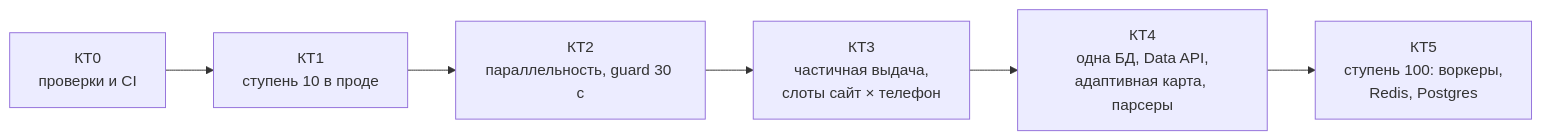
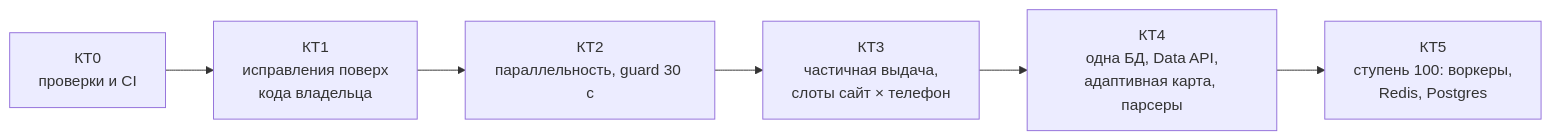
The diagram in docs/audit/07_plan.md (FizziksRU/aviaticket), drawn with Mermaid before and after one commit. The commit also changed other lines of this file and 3 other files, not shown here.

````diff
--- a/docs/audit/07_plan.md
+++ b/docs/audit/07_plan.md
@@ -9,8 +14,8 @@
 ```mermaid
 flowchart LR
-  K0[КТ0<br/>проверки и CI] --> K1[КТ1<br/>ступень 10 в проде]
+  K0[КТ0<br/>проверки и CI] --> K1[КТ1<br/>исправления поверх<br/>кода владельца]
   K1 --> K2[КТ2<br/>параллельность, guard 30 с]
   K2 --> K3[КТ3<br/>частичная выдача,<br/>слоты сайт × телефон]
   K3 --> K4[КТ4<br/>одна БД, Data API,<br/>адаптивная карта, парсеры]
   K4 --> K5[КТ5<br/>ступень 100: воркеры,<br/>Redis, Postgres]
 ```
````
